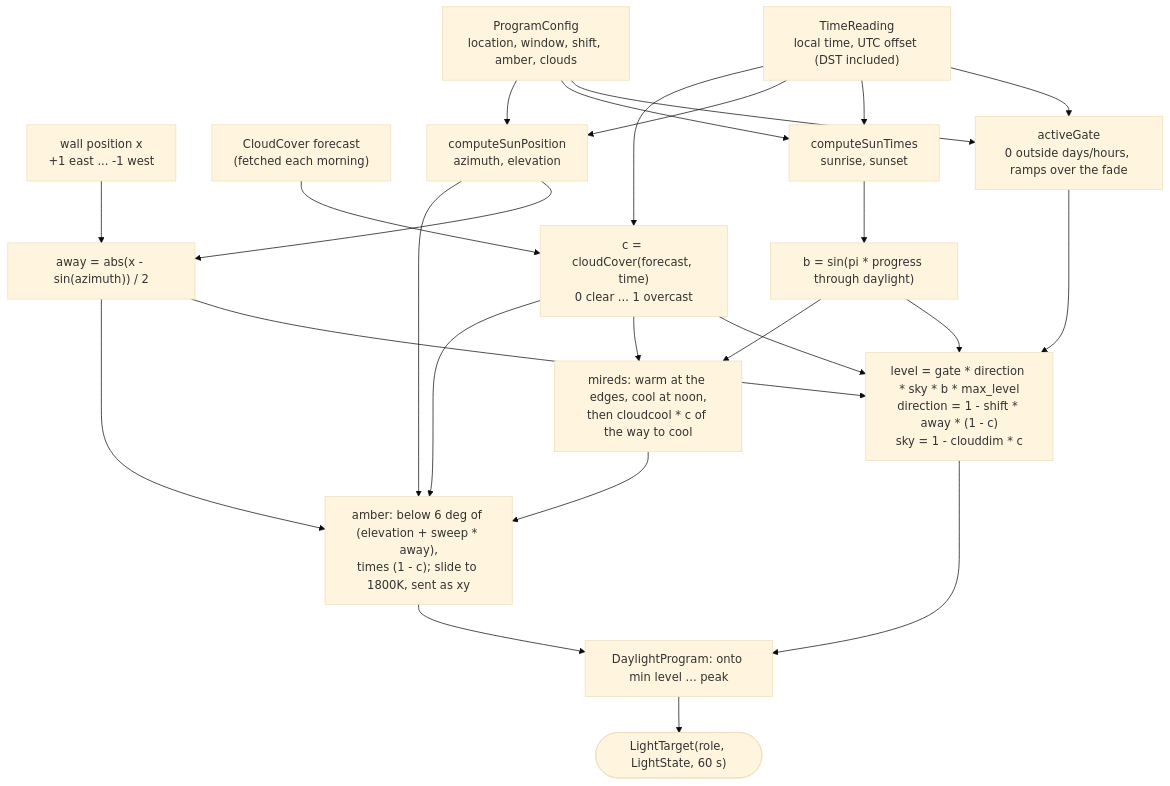
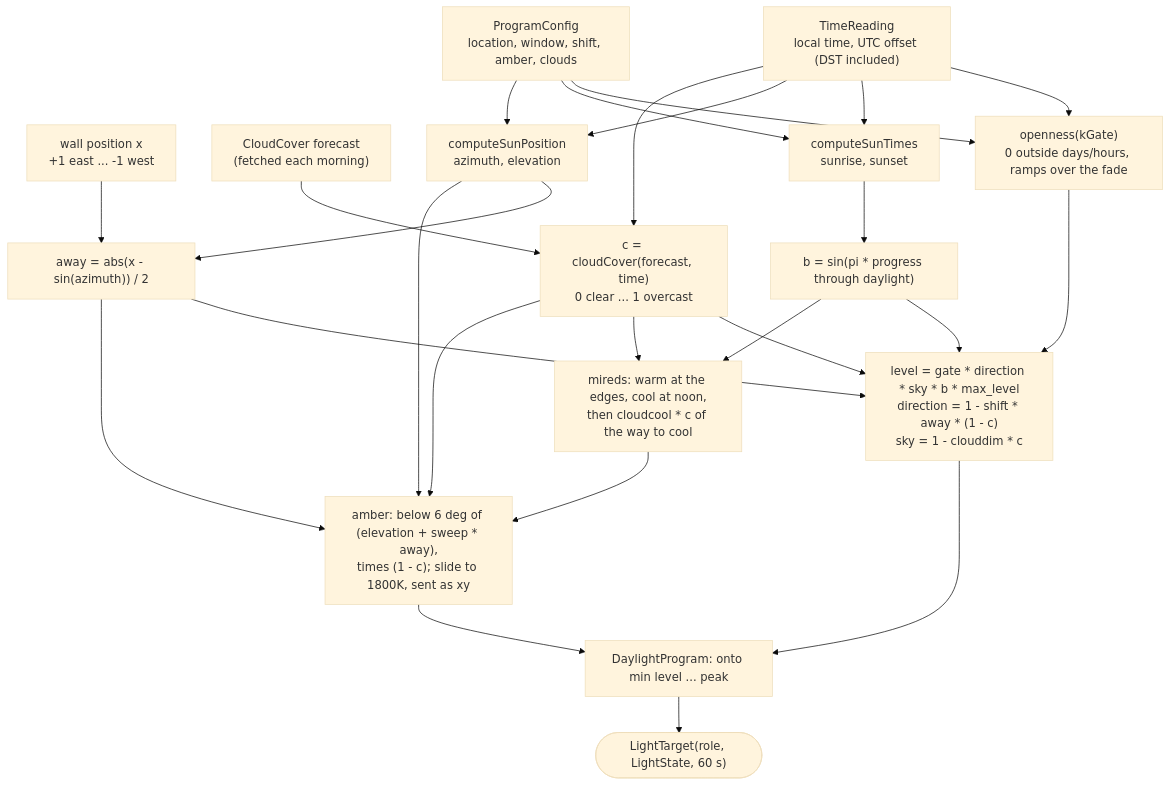
One commit to bjerre/sunsim changed the fifth of 5 diagrams in DESIGN.md. Above: the diagram before and after it, drawn with Mermaid (base theme). The commit also changed other lines of this file and 16 other files, not shown here.

````diff
--- a/DESIGN.md
+++ b/DESIGN.md
@@ -191,32 +191,32 @@
 ```mermaid
 flowchart TB
     T["TimeReading<br/>local time, UTC offset (DST included)"]
     X["wall position x<br/>+1 east ... -1 west"]
     CFG["ProgramConfig<br/>location, window, shift, amber, clouds"]
     FC["CloudCover forecast<br/>(fetched each morning)"]
 
-    T & CFG --> G["activeGate<br/>0 outside days/hours, ramps over the fade"]
+    T & CFG --> G["openness(kGate)<br/>0 outside days/hours, ramps over the fade"]
     T & CFG --> ST["computeSunTimes<br/>sunrise, sunset"]
     T & CFG --> SP["computeSunPosition<br/>azimuth, elevation"]
     T & FC --> CC["c = cloudCover(forecast, time)<br/>0 clear ... 1 overcast"]
 
     ST --> BR["b = sin(pi * progress through daylight)"]
     SP --> AW["away = abs(x - sin(azimuth)) / 2"]
     X --> AW
 
     BR --> LV["level = gate * direction * sky * b * max_level<br/>direction = 1 - shift * away * (1 - c)<br/>sky = 1 - clouddim * c"]
     G --> LV
     AW --> LV
     CC --> LV
     BR --> MI["mireds: warm at the edges, cool at noon,<br/>then cloudcool * c of the way to cool"]
     CC --> MI
 
     SP --> AM["amber: below 6 deg of (elevation + sweep * away),<br/>times (1 - c); slide to 1800K, sent as xy"]
     AW --> AM
     MI --> AM
     CC --> AM
 
     LV --> PK["DaylightProgram: onto min level ... peak"]
     AM --> PK
     PK --> LT(["LightTarget(role, LightState, 60 s)"])
 ```
````
